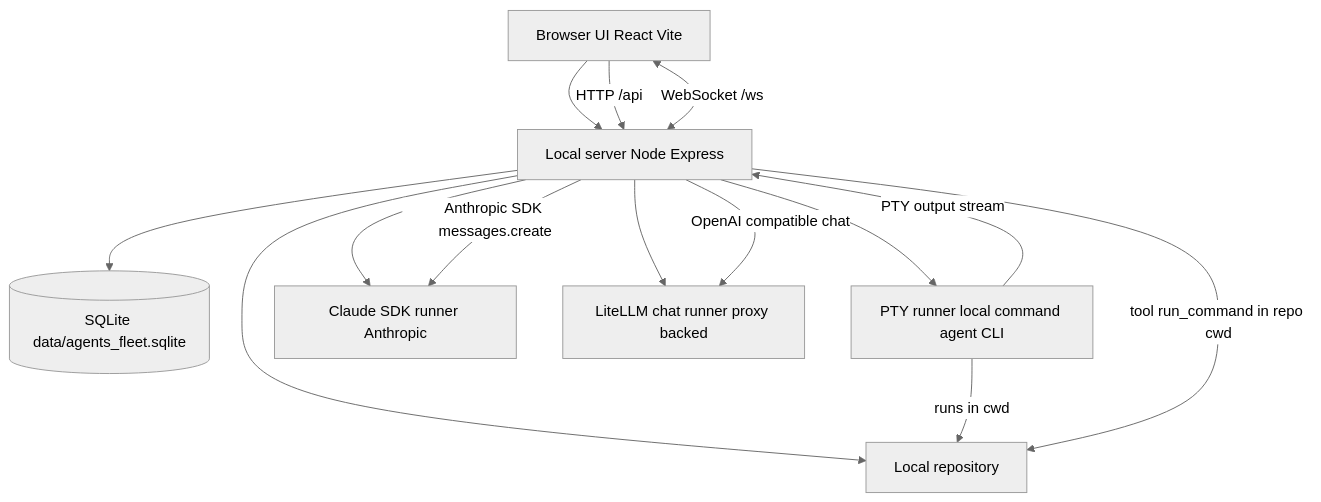
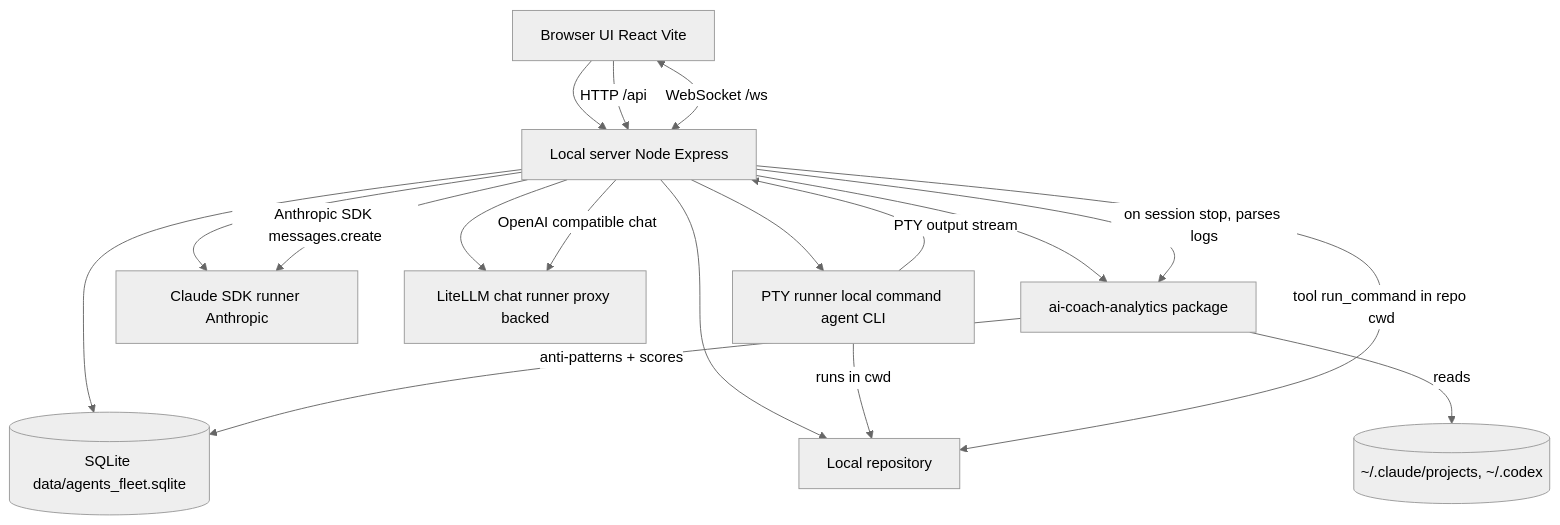
One commit to akhilsinghcodes/agents_fleet changed the diagram in ARCHITECTURE.md. Above: the diagram before and after it, drawn with Mermaid (neutral theme). The commit also changed other lines of this file and 109 other files, not shown here.

Commit message:
Add AI Coach analytics package

````diff
--- a/ARCHITECTURE.md
+++ b/ARCHITECTURE.md
@@ -11,18 +11,22 @@
 ```mermaid
 graph TD
   UI[Browser UI React Vite] --> S[Local server Node Express]
   UI -->|HTTP /api| S
   UI <-->|WebSocket /ws| S
 
   S --> DB[(SQLite data/agents_fleet.sqlite)]
   S --> PTY[PTY runner local command agent CLI]
   S --> SDK[Claude SDK runner Anthropic]
   S --> LLM[LiteLLM chat runner proxy backed]
   S --> REPO[Local repository]
+  S --> AC[ai-coach-analytics package]
 
   PTY -->|runs in cwd| REPO
   PTY -->|PTY output stream| S
   S -->|Anthropic SDK messages.create| SDK
   S -->|OpenAI compatible chat| LLM
   S -->|tool run_command in repo cwd| REPO
+  S -->|on session stop, parses logs| AC
+  AC -->|reads| LOGS[(~/.claude/projects, ~/.codex)]
+  AC -->|anti-patterns + scores| DB
 ```
````
